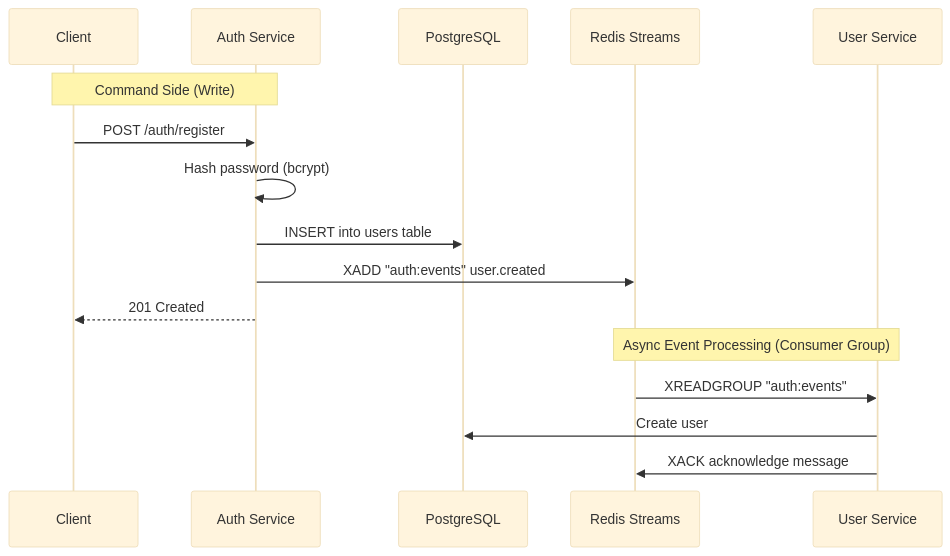
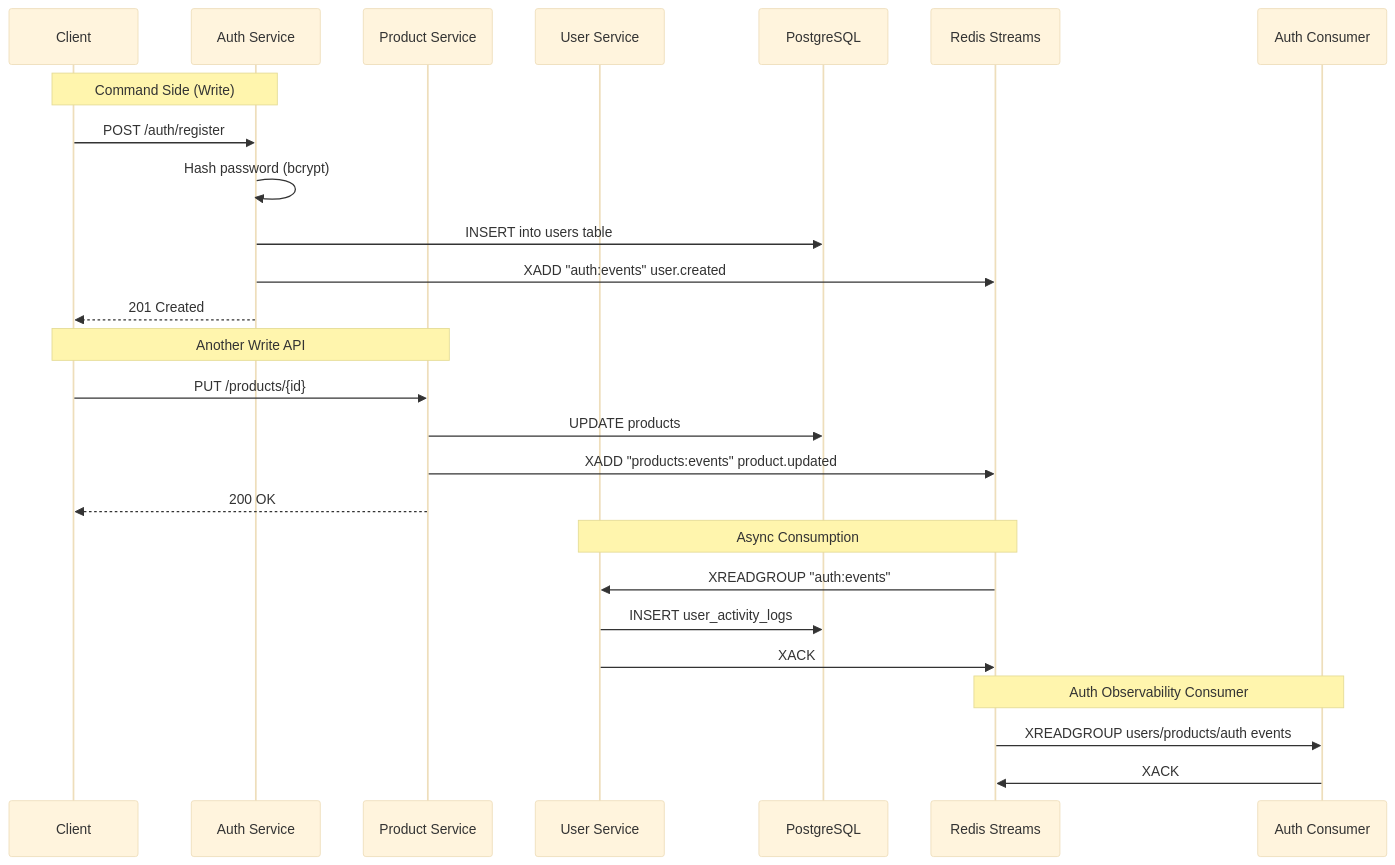
One commit to aldoignatachandra/Go-Microservices-Redis-Boilerplate changed the second of 2 diagrams in README.md. Above: the diagram before and after it, drawn with Mermaid (base theme). The commit also changed other lines of this file and 44 other files, not shown here.

````diff
--- a/README.md
+++ b/README.md
@@ -101,20 +101,32 @@
 ```mermaid
 sequenceDiagram
   participant C as Client
   participant A as Auth Service
+  participant P as Product Service
+  participant US as User Service
   participant D as PostgreSQL
   participant R as Redis Streams
-  participant U as User Service
+  participant AU as Auth Consumer
 
   Note over C,A: Command Side (Write)
   C->>A: POST /auth/register
   A->>A: Hash password (bcrypt)
   A->>D: INSERT into users table
   A->>R: XADD "auth:events" user.created
   A-->>C: 201 Created
 
-  Note over R,U: Async Event Processing (Consumer Group)
-  R->>U: XREADGROUP "auth:events"
-  U->>D: Create user
-  U->>R: XACK acknowledge message
+  Note over C,P: Another Write API
+  C->>P: PUT /products/{id}
+  P->>D: UPDATE products
+  P->>R: XADD "products:events" product.updated
+  P-->>C: 200 OK
+
+  Note over R,US: Async Consumption
+  R->>US: XREADGROUP "auth:events"
+  US->>D: INSERT user_activity_logs
+  US->>R: XACK
+
+  Note over R,AU: Auth Observability Consumer
+  R->>AU: XREADGROUP users/products/auth events
+  AU->>R: XACK
 ```
````
